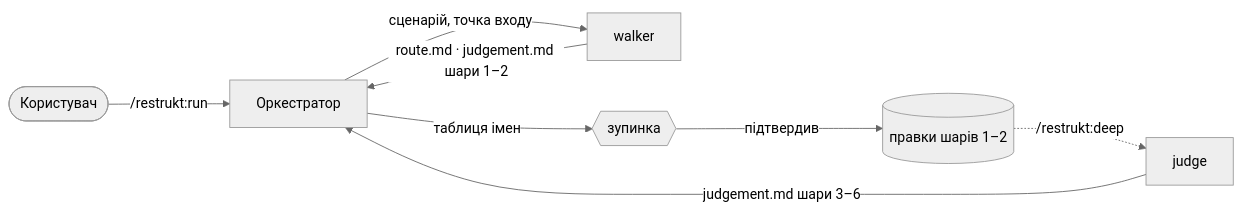
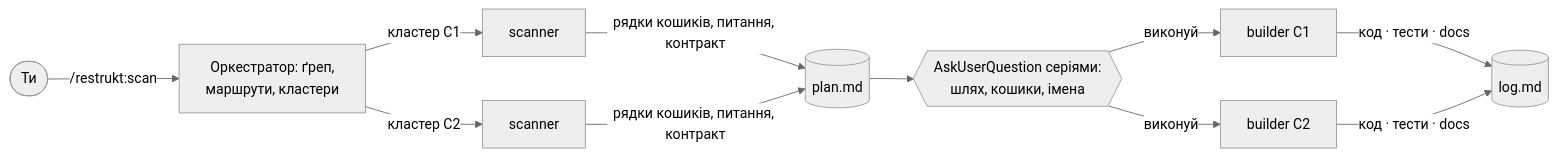
The second of 2 diagrams in README.md (romxnb/restrukt), drawn with Mermaid (neutral theme) before and after one commit. The commit also changed other lines of this file and 42 other files, not shown here.

````diff
--- a/README.md
+++ b/README.md
@@ -52,10 +21,11 @@
 ```mermaid
 flowchart LR
-  U([Користувач]) -->|/restrukt:run| O[Оркестратор]
-  O -->|сценарій, точка входу| W[walker]
-  W -->|route.md · judgement.md шари 1–2| O
-  O -->|таблиця імен| STOP{{зупинка}}
-  STOP -->|підтвердив| CODE[(правки шарів 1–2)]
-  CODE -.->|/restrukt:deep| J[judge]
-  J -->|judgement.md шари 3–6| O
+  U([Ти]) -->|/restrukt:scan| O[Оркестратор: ґреп,<br/>маршрути, кластери]
+  O -->|кластер C1| S1[scanner]
+  O -->|кластер C2| S2[scanner]
+  S1 & S2 -->|рядки кошиків, питання, контракт| P[(plan.md)]
+  P --> QA{{AskUserQuestion серіями:<br/>шлях, кошики, імена}}
+  QA -->|виконуй| B1[builder C1]
+  QA -->|виконуй| B2[builder C2]
+  B1 & B2 -->|код · тести · docs| L[(log.md)]
 ```
````
